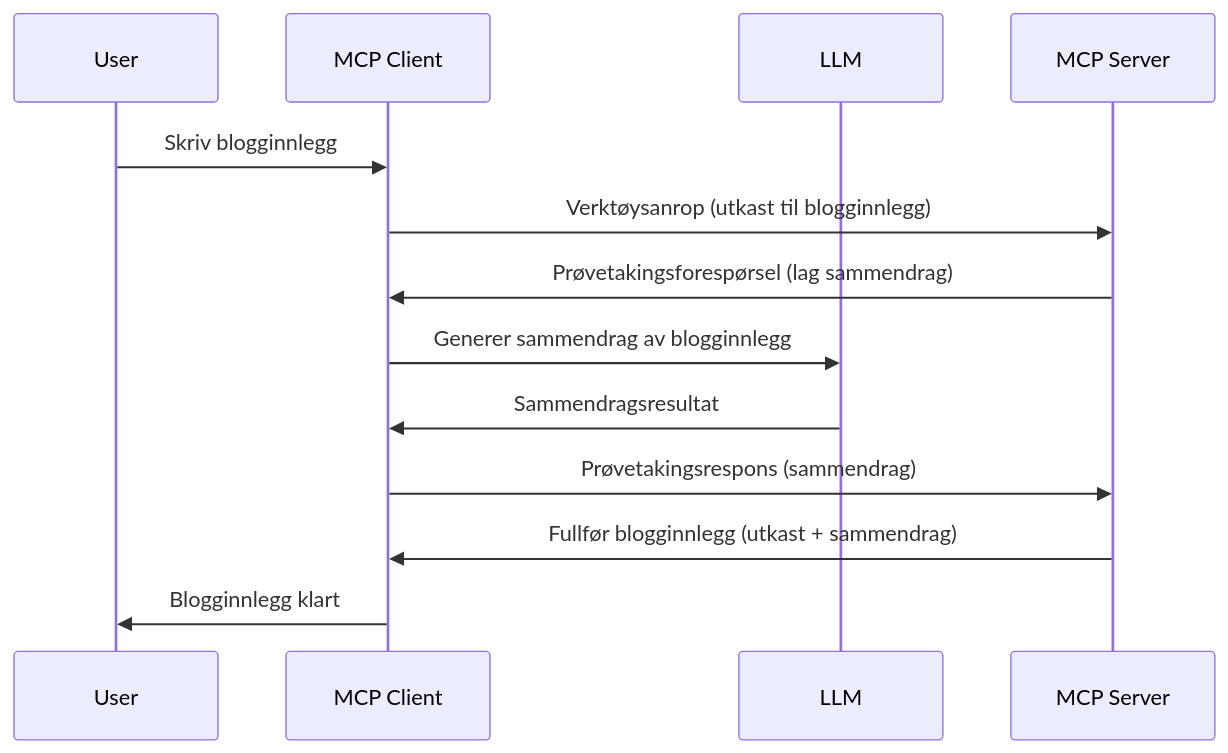
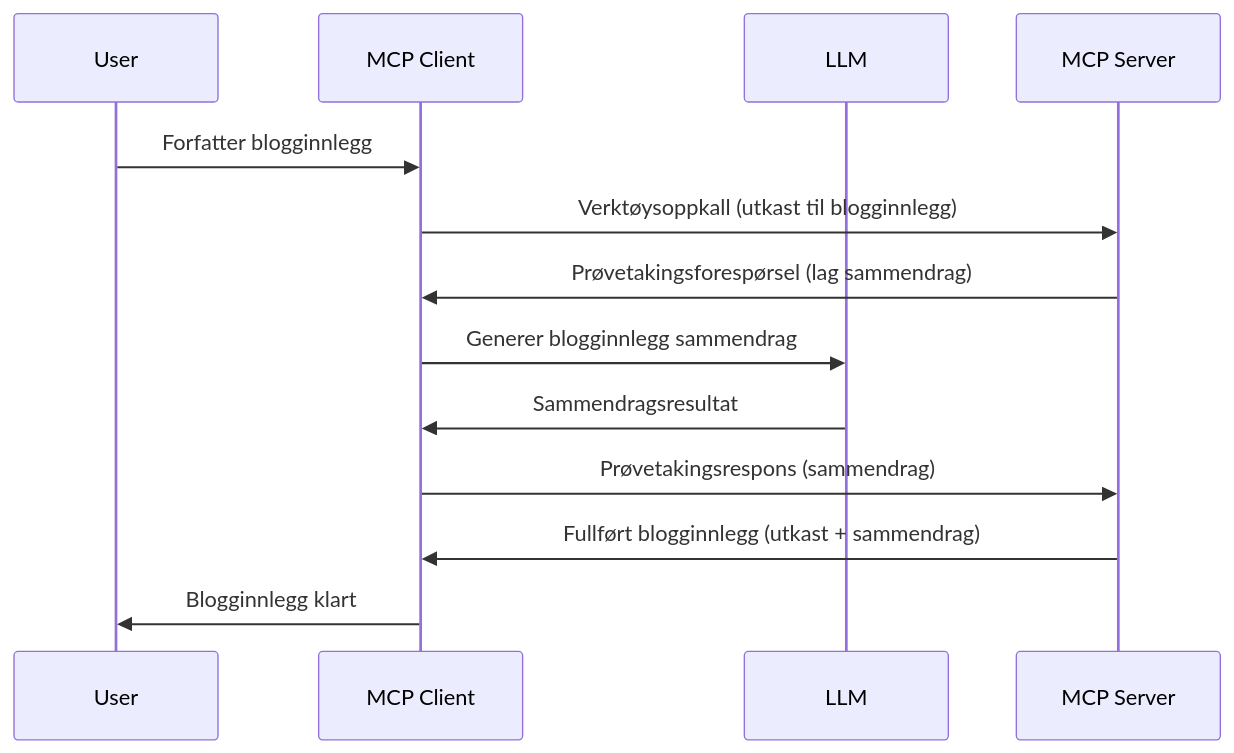
Before and after one commit to HIDORAKAI002/ai-workspace-archive: the diagram in mcp_ecosystem__model_context_protocol/mcp_learning_resources/mcp-for-beginners/translations/no/03-GettingStarted/14-sampling/README.md, drawn with Mermaid. The commit also changed other lines of this file and 5748 other files, not shown here.

Commit message:
chore(sync): update MCP Python SDK, MCP TypeScript SDK, Supabase MCP, Kubernetes MCP Server, Git MCP, MCP Agent, Awesome ChatGPT Prompts, Langfuse, +62 more

````diff
--- a/mcp_ecosystem__model_context_protocol/mcp_learning_resources/mcp-for-beginners/translations/no/03-GettingStarted/14-sampling/README.md
+++ b/mcp_ecosystem__model_context_protocol/mcp_learning_resources/mcp-for-beginners/translations/no/03-GettingStarted/14-sampling/README.md
@@ -25,16 +27,16 @@
 ```mermaid
 sequenceDiagram
     participant User
     participant MCP Client
     participant LLM
     participant MCP Server
 
-    User->>MCP Client: Skriv blogginnlegg
-    MCP Client->>MCP Server: Verktøysanrop (utkast til blogginnlegg)
+    User->>MCP Client: Forfatter blogginnlegg
+    MCP Client->>MCP Server: Verktøysoppkall (utkast til blogginnlegg)
     MCP Server->>MCP Client: Prøvetakingsforespørsel (lag sammendrag)
-    MCP Client->>LLM: Generer sammendrag av blogginnlegg
+    MCP Client->>LLM: Generer blogginnlegg sammendrag
     LLM->>MCP Client: Sammendragsresultat
     MCP Client->>MCP Server: Prøvetakingsrespons (sammendrag)
-    MCP Server->>MCP Client: Fullfør blogginnlegg (utkast + sammendrag)
+    MCP Server->>MCP Client: Fullført blogginnlegg (utkast + sammendrag)
     MCP Client->>User: Blogginnlegg klart
 ```
````
